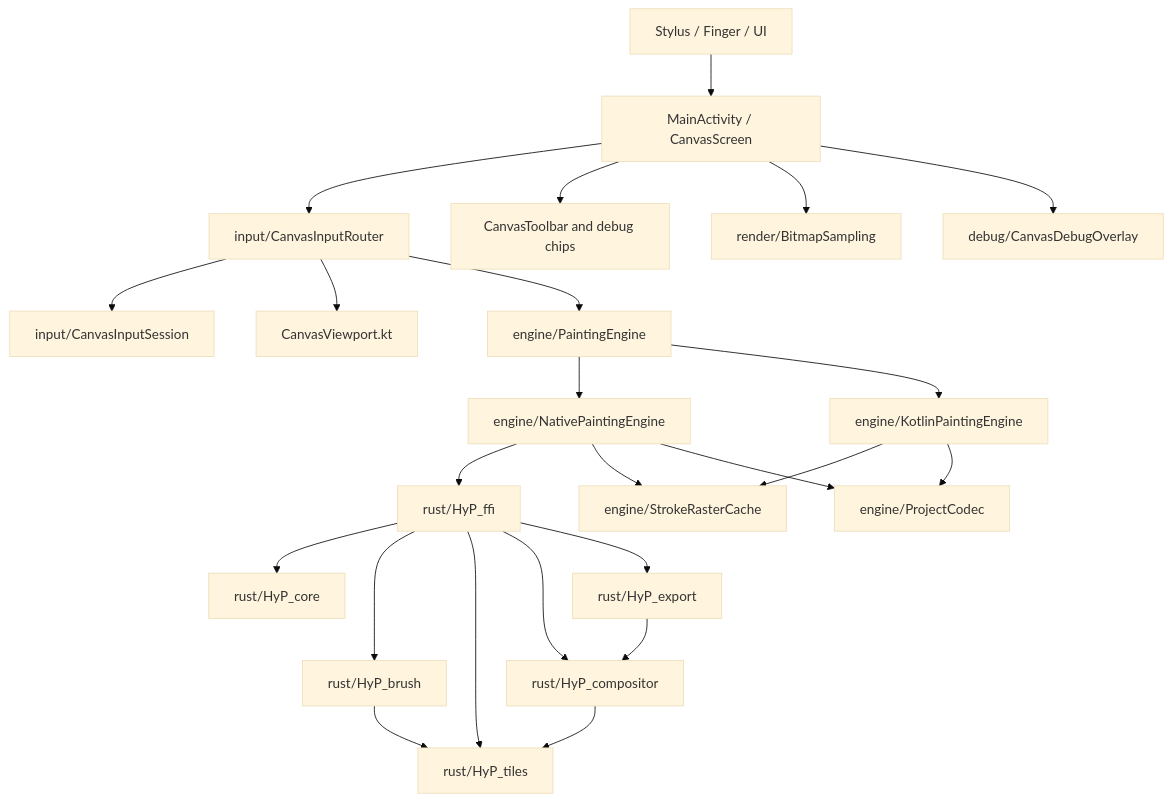
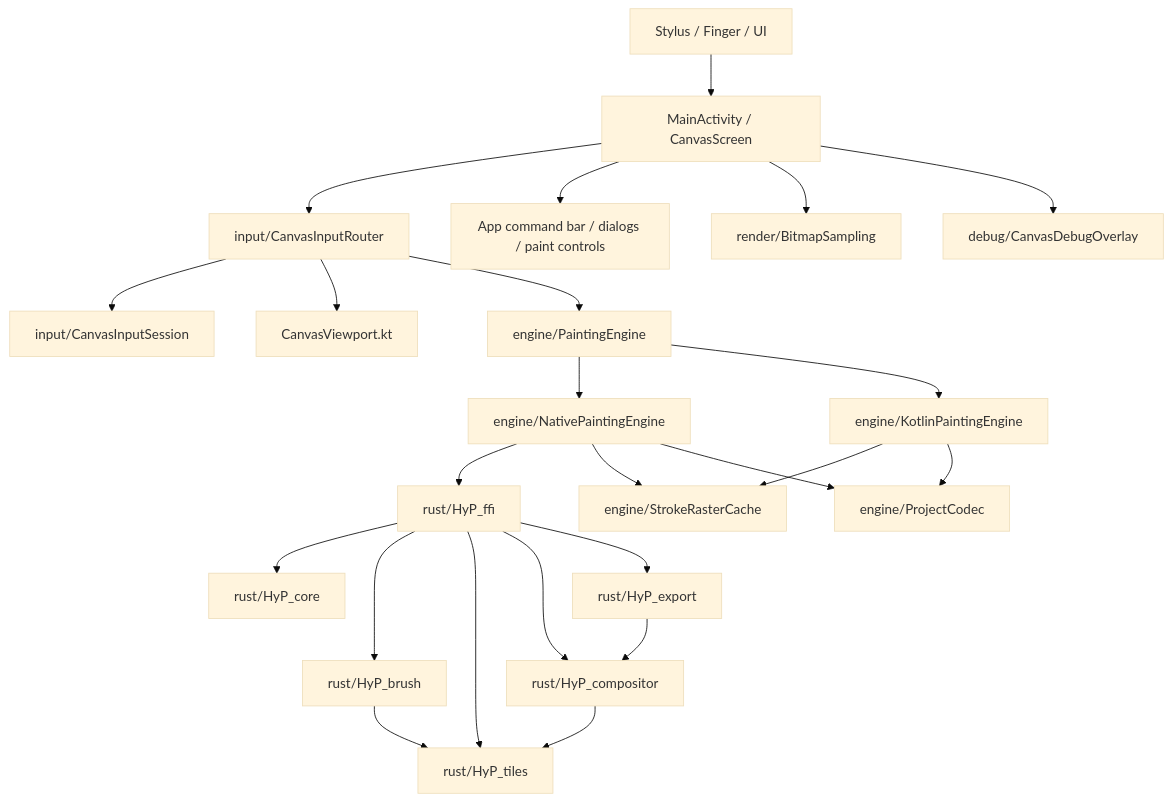
The first of 3 diagrams in docs/current-architecture.md (Lukas-VI/HyPainter), drawn with Mermaid (base theme) before and after one commit. The commit also changed other lines of this file and 2 other files, not shown here.

Commit message:
Add app command bar and canvas setup

````diff
--- a/docs/current-architecture.md
+++ b/docs/current-architecture.md
@@ -19,32 +19,32 @@
 ```mermaid
 flowchart TD
     User["Stylus / Finger / UI"] --> Main["MainActivity / CanvasScreen"]
 
     Main --> Input["input/CanvasInputRouter"]
     Input --> Session["input/CanvasInputSession"]
     Input --> Viewport["CanvasViewport.kt"]
     Input --> EngineApi["engine/PaintingEngine"]
 
-    Main --> Toolbar["CanvasToolbar and debug chips"]
+    Main --> AppShell["App command bar / dialogs / paint controls"]
     Main --> RenderOptions["render/BitmapSampling"]
     Main --> Debug["debug/CanvasDebugOverlay"]
 
     EngineApi --> Native["engine/NativePaintingEngine"]
     EngineApi --> Kotlin["engine/KotlinPaintingEngine"]
     Native --> RustFfi["rust/HyP_ffi"]
 
     Kotlin --> RasterCache["engine/StrokeRasterCache"]
     Native --> RasterCache
     Kotlin --> Project["engine/ProjectCodec"]
     Native --> Project
 
     RustFfi --> RustCore["rust/HyP_core"]
     RustFfi --> RustBrush["rust/HyP_brush"]
     RustFfi --> RustTiles["rust/HyP_tiles"]
     RustFfi --> RustCompositor["rust/HyP_compositor"]
     RustFfi --> RustExport["rust/HyP_export"]
 
     RustBrush --> RustTiles
     RustCompositor --> RustTiles
     RustExport --> RustCompositor
 ```
````
